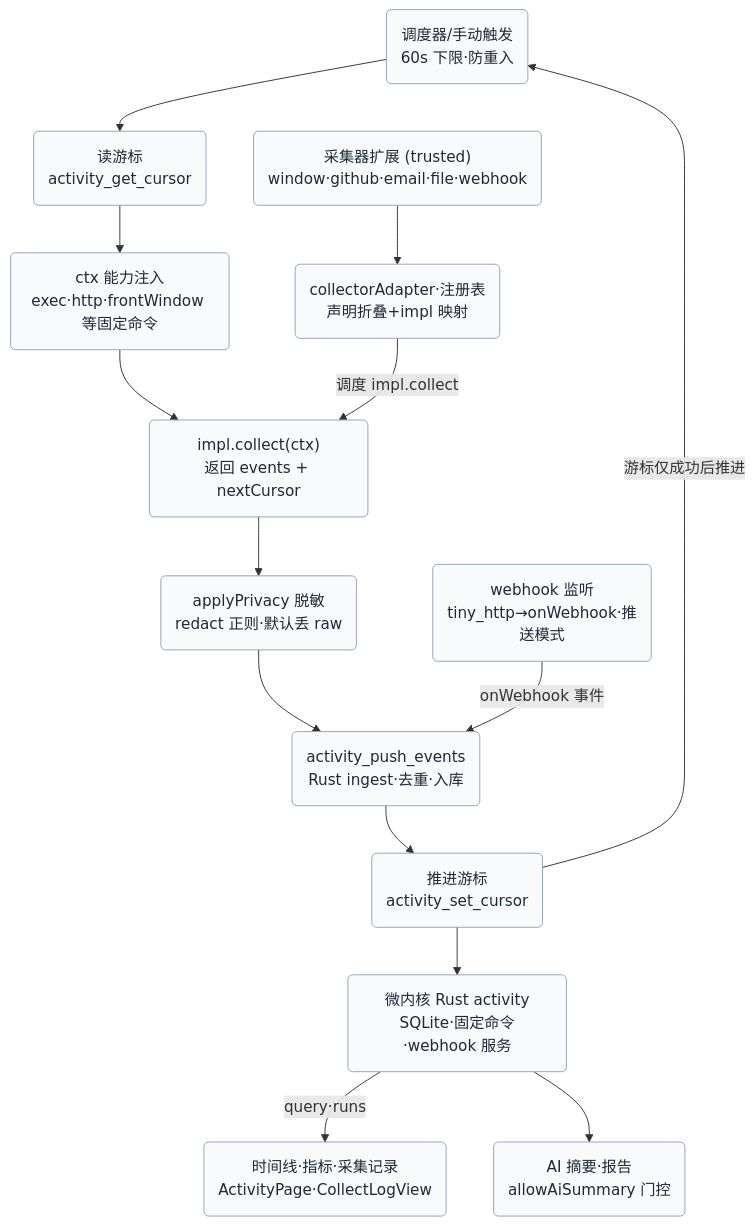
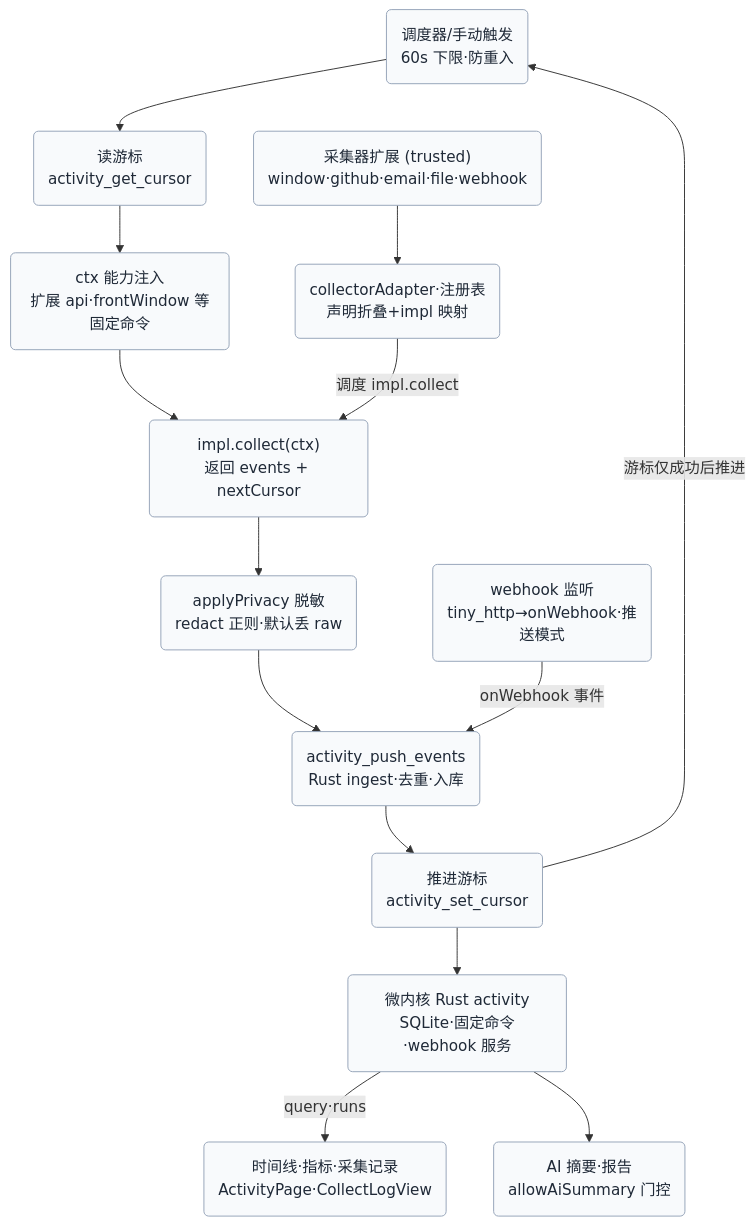
One commit to linyimin0812/folyn changed the diagram in docs/assets/diagrams/zh/activity-collector.mmd. Above: the diagram before and after it, drawn with Mermaid. The commit also changed 55 other files, not shown here.

```diff
--- a/docs/assets/diagrams/zh/activity-collector.mmd
+++ b/docs/assets/diagrams/zh/activity-collector.mmd
@@ -1,31 +1,31 @@
 %% Folyn 活动采集器原理与架构：trusted 扩展声明采集器，宿主轮询/webhook 运行时驱动 collect→脱敏→入库→游标推进闭环
 flowchart TD
     SCH("调度器/手动触发<br/>60s 下限·防重入")
     CUR("读游标<br/>activity_get_cursor")
-    CTX("ctx 能力注入<br/>exec·http·frontWindow 等固定命令")
+    CTX("ctx 能力注入<br/>扩展 api·frontWindow 等固定命令")
     COL("impl.collect(ctx)<br/>返回 events + nextCursor")
     PRIV("applyPrivacy 脱敏<br/>redact 正则·默认丢 raw")
     ING("activity_push_events<br/>Rust ingest·去重·入库")
     SET("推进游标<br/>activity_set_cursor")
 
     EXT("采集器扩展 (trusted)<br/>window·github·email·file·webhook")
     RG("collectorAdapter·注册表<br/>声明折叠+impl 映射")
 
     WH("webhook 监听<br/>tiny_http→onWebhook·推送模式")
 
     K("微内核 Rust activity<br/>SQLite·固定命令·webhook 服务")
     TL("时间线·指标·采集记录<br/>ActivityPage·CollectLogView")
     AI("AI 摘要·报告<br/>allowAiSummary 门控")
 
     EXT --> RG
     SCH --> CUR --> CTX --> COL
     RG -->|"调度 impl.collect"| COL
     COL --> PRIV --> ING
     WH -->|"onWebhook 事件"| ING
     ING --> SET --> K
     SET -->|"游标仅成功后推进"| SCH
     K -->|"query·runs"| TL
     K --> AI
 
     classDef base fill:#f8fafc,stroke:#94a3b8,color:#1f2937,stroke-width:1px;
     class SCH,CUR,CTX,COL,PRIV,ING,SET,EXT,RG,WH,K,TL,AI base;
```
